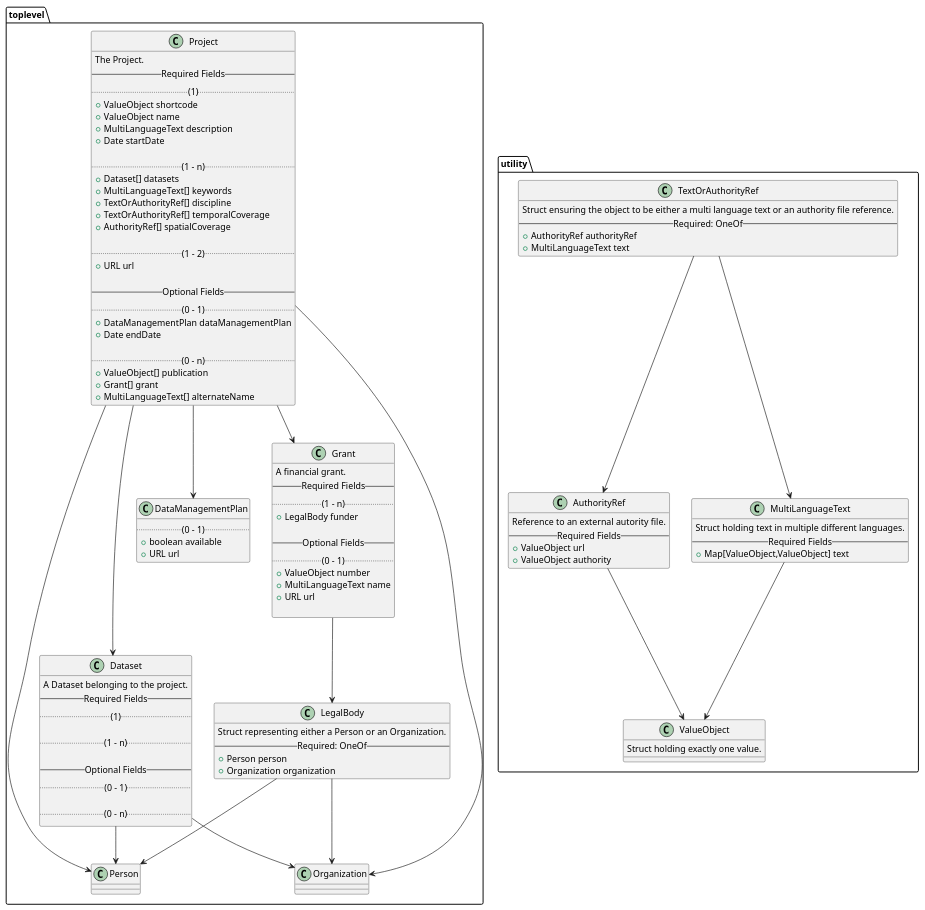
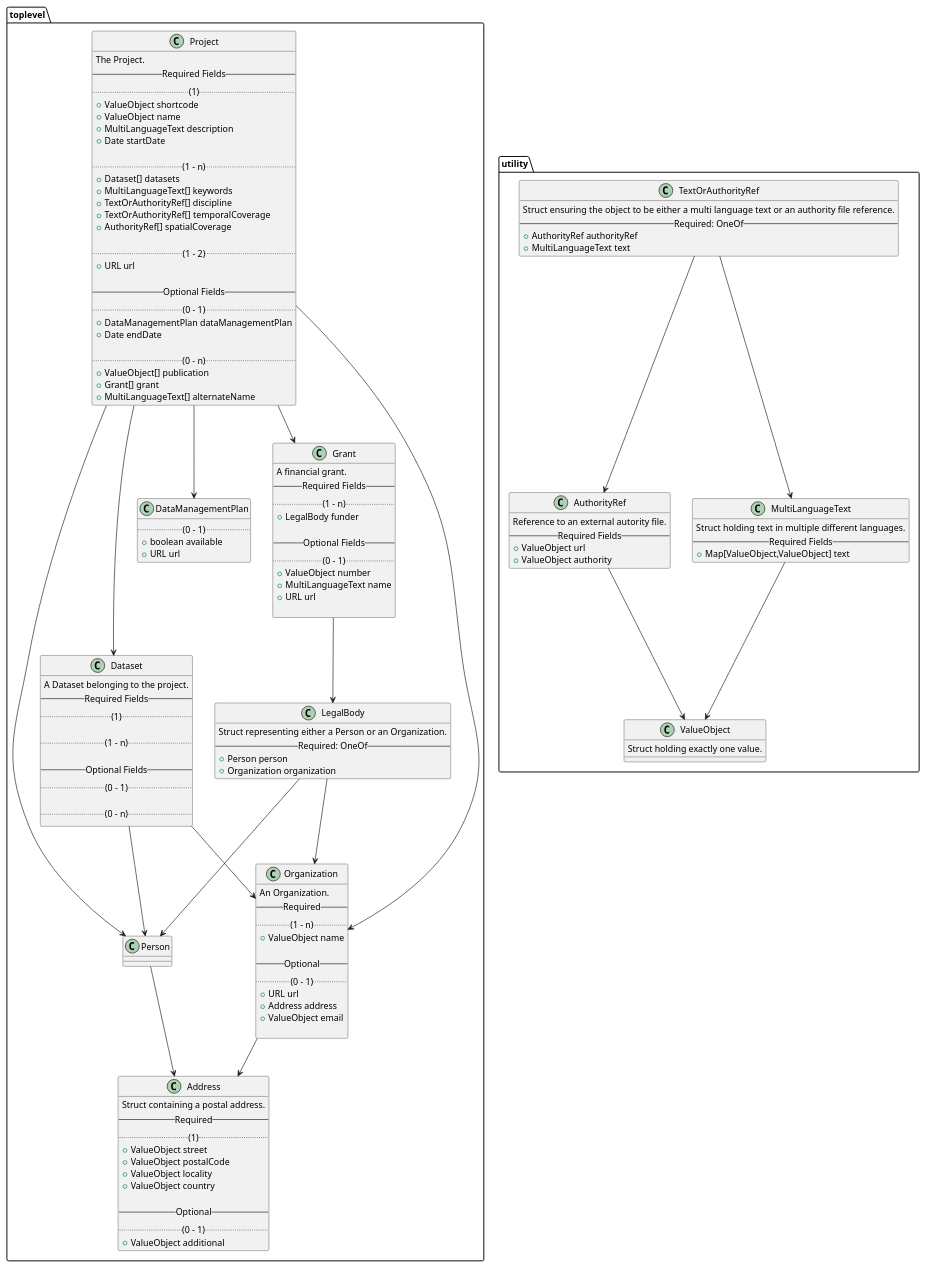
Before and after one commit to dasch-swiss/dasch-service-platform: the diagram in docs/services/metadata/domain-entities.puml, drawn with PlantUML. The commit also changed 1 other file, not shown here.

Commit message:
docs(metadata): domain entities for type organization

```diff
--- a/docs/services/metadata/domain-entities.puml
+++ b/docs/services/metadata/domain-entities.puml
@@ -1,133 +1,163 @@
 @startuml Domain Entities
 package toplevel {
 
   class Project {
     The Project.
     -- Required Fields --
     .. (1) ..
     +ValueObject shortcode
     +ValueObject name
     +MultiLanguageText description
     +Date startDate
 
     .. (1 - n) ..
     +Dataset[] datasets
     +MultiLanguageText[] keywords
     +TextOrAuthorityRef[] discipline
     +TextOrAuthorityRef[] temporalCoverage
     +AuthorityRef[] spatialCoverage
 
     .. (1 - 2) ..
     +URL url
     ' TODO: do we want URL?
 
     -- Optional Fields --
     .. (0 - 1) ..
     +DataManagementPlan dataManagementPlan
     +Date endDate
 
     .. (0 - n) ..
     +ValueObject[] publication
     +Grant[] grant
     +MultiLanguageText[] alternateName
   }
 
   class Dataset {
     A Dataset belonging to the project.
     ' TODO
     -- Required Fields --
     .. (1) ..
 
     .. (1 - n) ..
 
     -- Optional Fields --
     .. (0 - 1) ..
 
     .. (0 - n) ..
   }
 
   class DataManagementPlan {
     .. (0 - 1) ..
     +boolean available
     +URL url
     ' TODO: do we want URL?
   }
 
   class Grant {
     A financial grant.
     -- Required Fields --
     .. (1 - n) ..
     +LegalBody funder
 
     -- Optional Fields --
     .. (0 - 1) ..
     +ValueObject number
     +MultiLanguageText name
     +URL url
     ' TODO: do we want URL?
 
   }
 
   class LegalBody {
     Struct representing either a Person or an Organization.
     -- Required: OneOf --
     +Person person
     +Organization organization
   }
 
   class Person {
     ' TODO
   }
 
   class Organization {
-    ' TODO
+    An Organization.
+    -- Required --
+    .. (1 - n) ..
+    + ValueObject name
+    ' TODO: Or would that be Multilanguage?
+
+    -- Optional --
+    .. (0 - 1) ..
+    +URL url
+    ' TODO: do we want URL?
+    +Address address
+    +ValueObject email
+
   }
+
+  class Address {
+    Struct containing a postal address.
+    -- Required --
+    .. (1) ..
+    +ValueObject street
+    +ValueObject postalCode
+    +ValueObject locality
+    +ValueObject country
+
+    -- Optional --
+    .. (0 - 1) ..
+    +ValueObject additional
+    ' TODO: does that make sense like this?
+  }
+  
 
 }
 
 package utility {
 
   class TextOrAuthorityRef {
     ' TODO: find better name
     Struct ensuring the object to be either a multi language text or an authority file reference.
     -- Required: OneOf --
     +AuthorityRef authorityRef
     +MultiLanguageText text
   }
 
   class AuthorityRef {
     Reference to an external autority file.
     -- Required Fields --
     +ValueObject url
     +ValueObject authority
   }
 
   class MultiLanguageText {
     Struct holding text in multiple different languages.
     -- Required Fields --
     +Map[ValueObject,ValueObject] text
   }
 
   class ValueObject {
     Struct holding exactly one value.
   }
 
 }
 
 
 Project --> Dataset
 Project --> DataManagementPlan
 Project --> Grant
 Project --> Person
 Project --> Organization
 Dataset --> Person
 Dataset --> Organization
 Grant --> LegalBody
 LegalBody --> Person
 LegalBody --> Organization
+Person --> Address
+Organization --> Address
 TextOrAuthorityRef --> MultiLanguageText
 TextOrAuthorityRef --> AuthorityRef
 AuthorityRef --> ValueObject
 MultiLanguageText --> ValueObject
 
 @enduml
```
